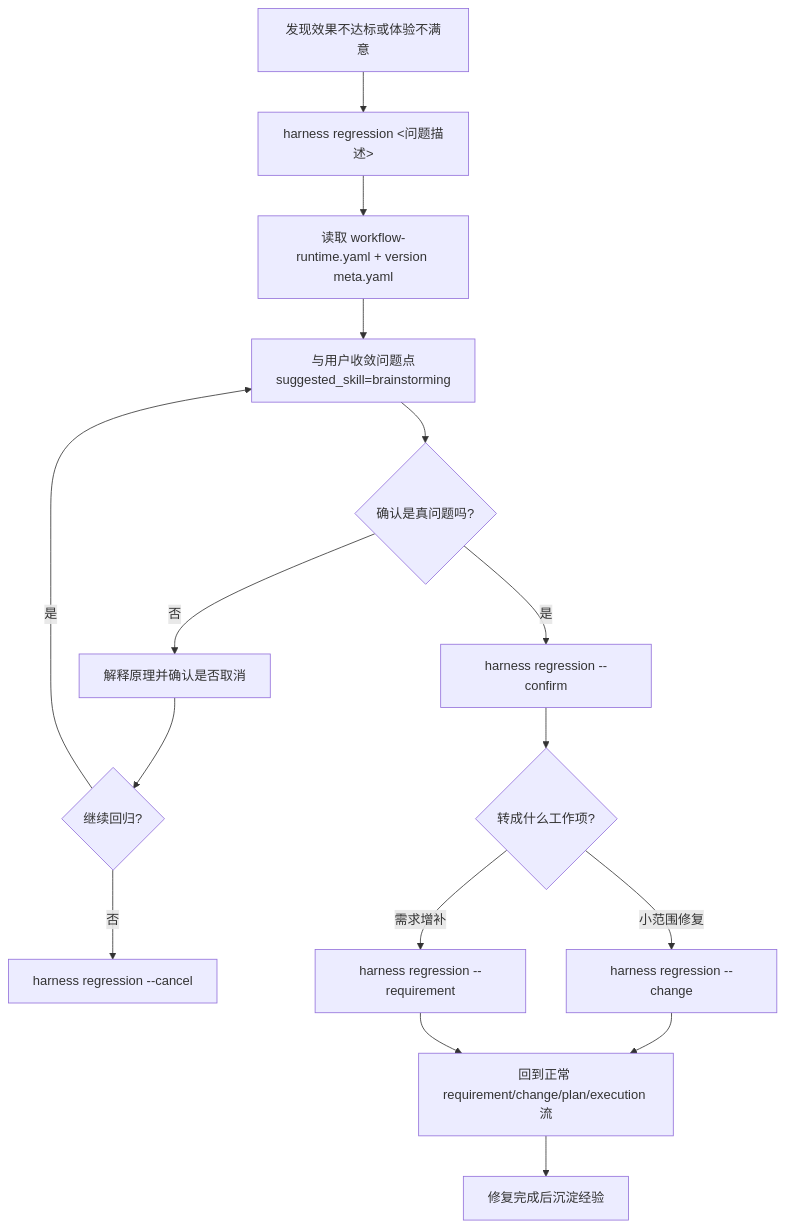
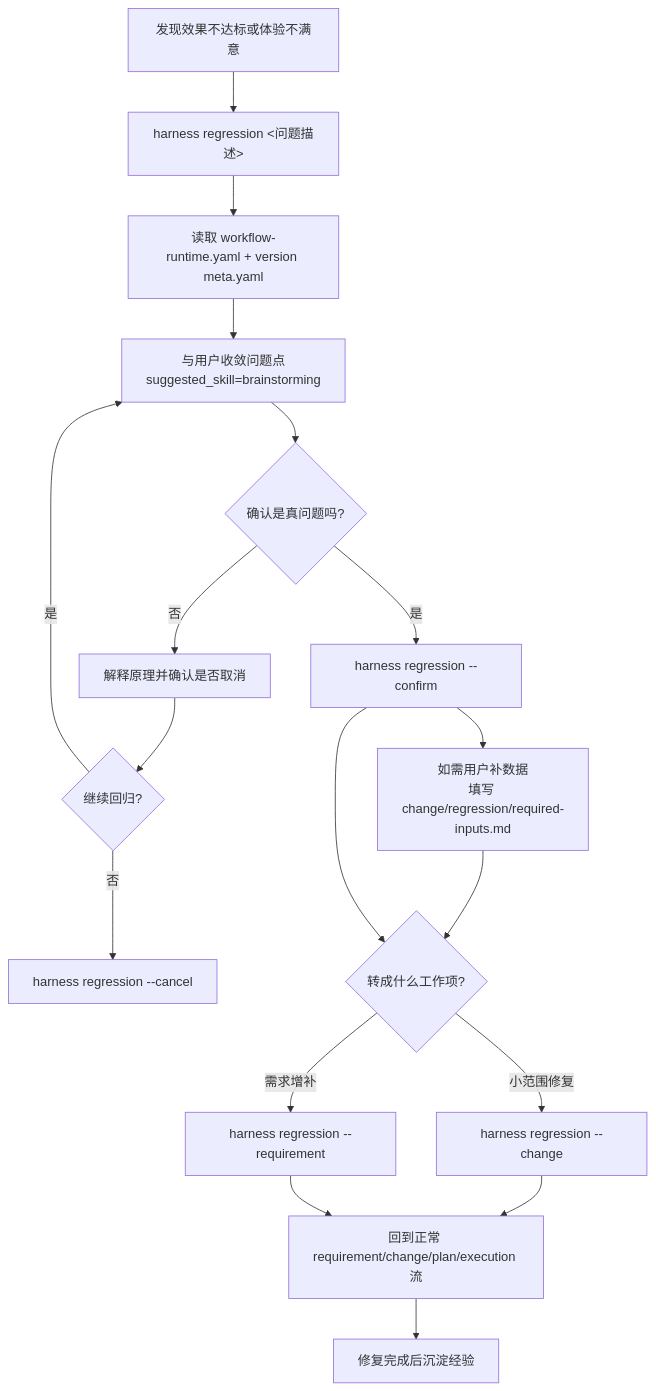
Before and after one commit to togally/harness-workflow: the second of 4 diagrams in README.md, drawn with Mermaid. The commit also changed other lines of this file and 25 other files, not shown here.

````diff
--- a/README.md
+++ b/README.md
@@ -286,18 +303,20 @@
 ```mermaid
 flowchart TD
     A["发现效果不达标或体验不满意"] --> B["harness regression <问题描述>"]
     B --> C["读取 workflow-runtime.yaml + version meta.yaml"]
     C --> D["与用户收敛问题点<br/>suggested_skill=brainstorming"]
     D --> E{"确认是真问题吗?"}
     E -->|否| F["解释原理并确认是否取消"]
     F --> G{"继续回归?"}
     G -->|否| H["harness regression --cancel"]
     G -->|是| D
     E -->|是| I["harness regression --confirm"]
+    I --> I2["如需用户补数据<br/>填写 change/regression/required-inputs.md"]
+    I2 --> J
     I --> J{"转成什么工作项?"}
     J -->|小范围修复| K["harness regression --change"]
     J -->|需求增补| L["harness regression --requirement"]
     K --> M["回到正常 requirement/change/plan/execution 流"]
     L --> M
     M --> N["修复完成后沉淀经验"]
 ```
````
